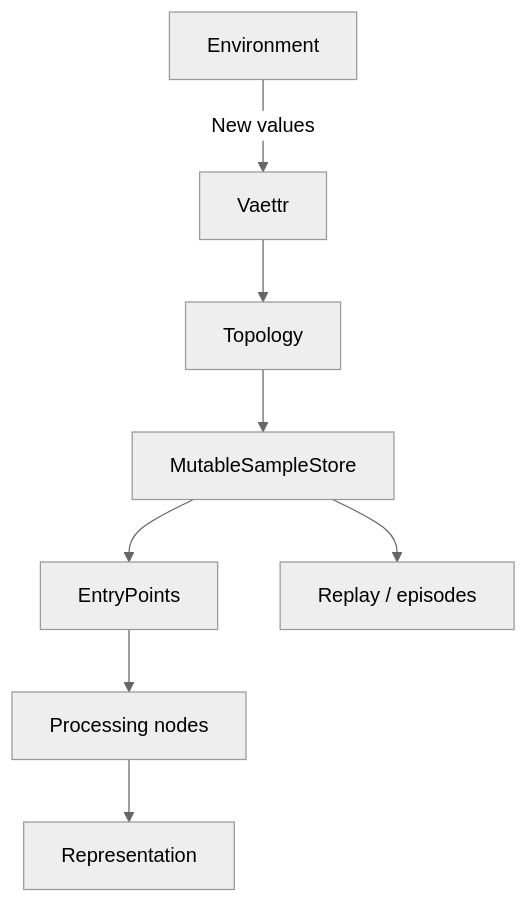
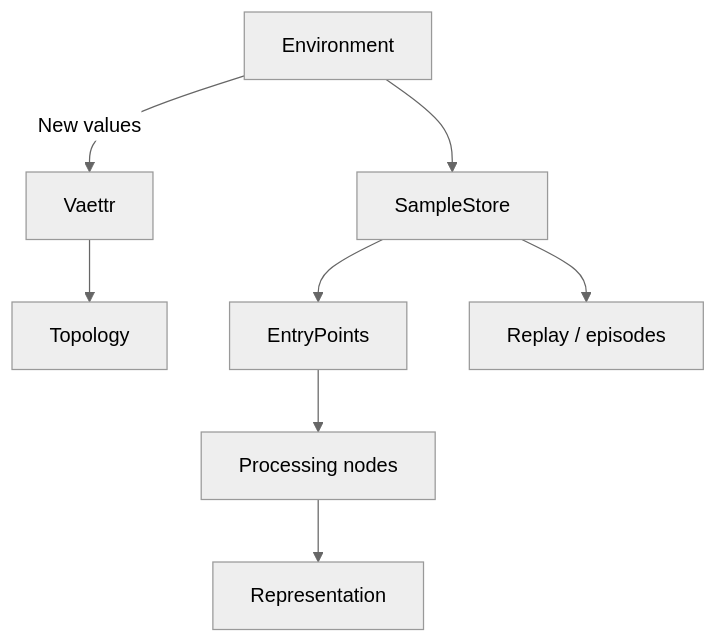
The first of 2 diagrams in docs/sensory-representation.md (skasti/skyn-vaettr), drawn with Mermaid (neutral theme) before and after one commit. The commit also changed other lines of this file and 10 other files, not shown here.

First line of the commit message:
Refactor sample storage to be environment-owned instead of using `MutableSampleStore` in `DefaultTopology`

````diff
--- a/docs/sensory-representation.md
+++ b/docs/sensory-representation.md
@@ -7,10 +7,10 @@
 ```mermaid
 flowchart TD
     ENV[Environment] -->|New values| Vaettr 
     Vaettr --> Topology[Topology]
-    Topology --> Store[MutableSampleStore]
+    ENV --> Store[SampleStore]
     Store --> EntryPoints[EntryPoints]
     EntryPoints --> Nodes[Processing nodes]
     Nodes --> Representation[Representation]
     Store --> Consumers[Replay / episodes]
 ```
````
